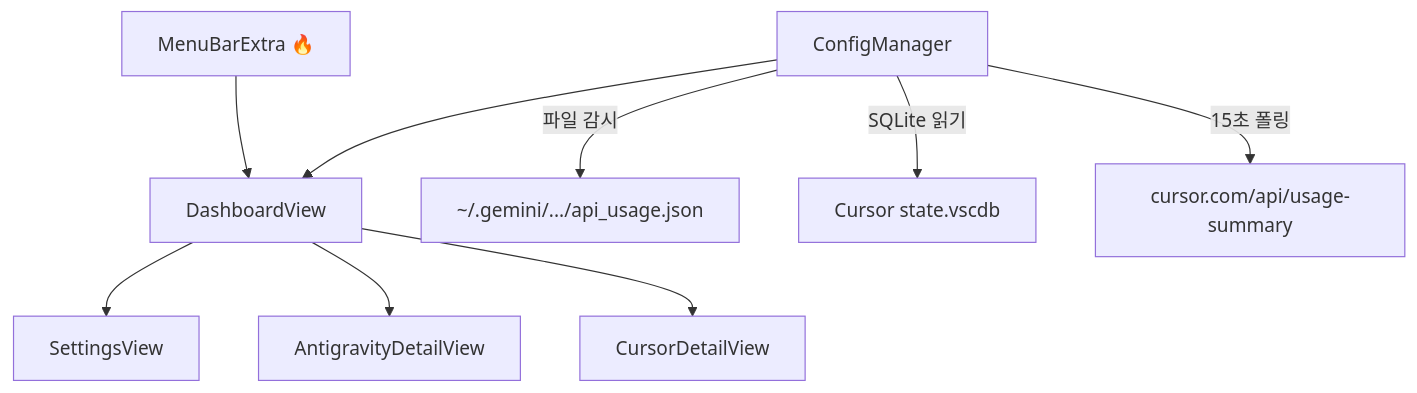
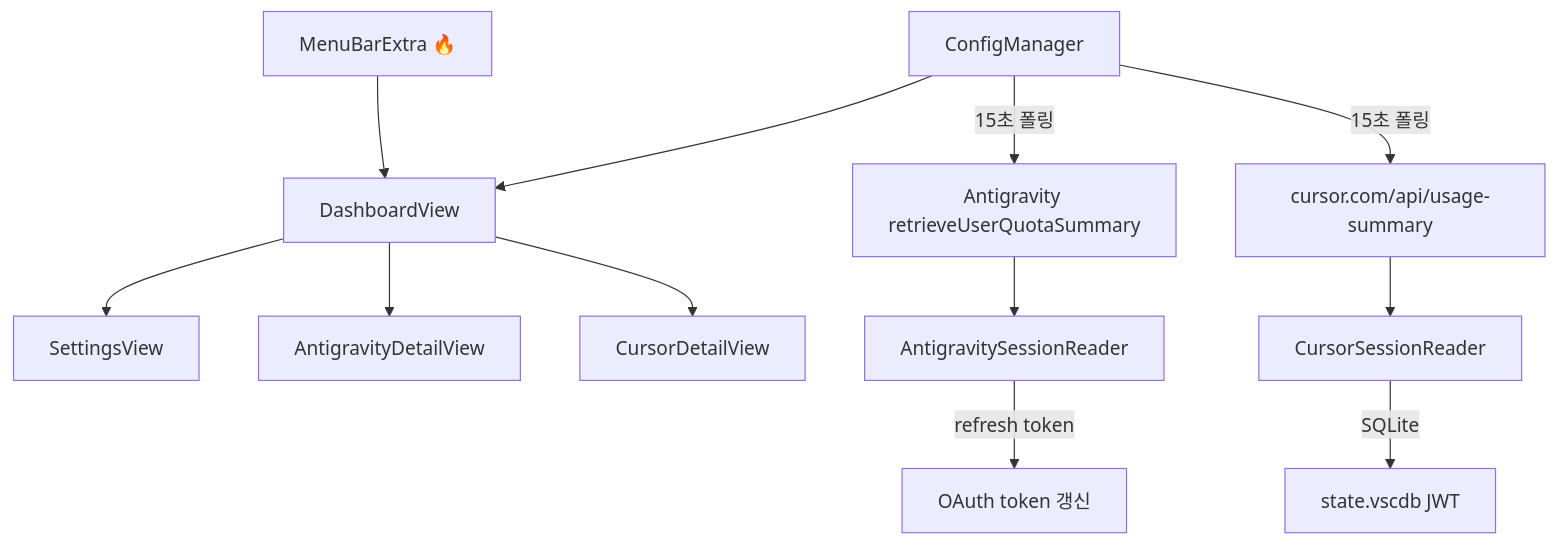
One commit to kwaneung/burnrate changed the diagram in README.md. Above: the diagram before and after it, drawn with Mermaid. The commit also changed other lines of this file and 8 other files, not shown here.

First line of the commit message:
feat: align Antigravity quota with agy CLI and unify session status UX

````diff
--- a/README.md
+++ b/README.md
@@ -109,13 +117,17 @@
 ```mermaid
 graph TD
     A[MenuBarExtra 🔥] --> B[DashboardView]
     B --> C[SettingsView]
     B --> D[AntigravityDetailView]
     B --> E[CursorDetailView]
 
     F[ConfigManager] --> B
 
-    F -->|파일 감시| G["~/.gemini/.../api_usage.json"]
-    F -->|SQLite 읽기| H["Cursor state.vscdb"]
+    F -->|15초 폴링| G["Antigravity retrieveUserQuotaSummary"]
+    G --> G1[AntigravitySessionReader]
+    G1 -->|refresh token| G2[OAuth token 갱신]
+
     F -->|15초 폴링| I["cursor.com/api/usage-summary"]
+    I --> H[CursorSessionReader]
+    H -->|SQLite| H1[state.vscdb JWT]
 ```
````
